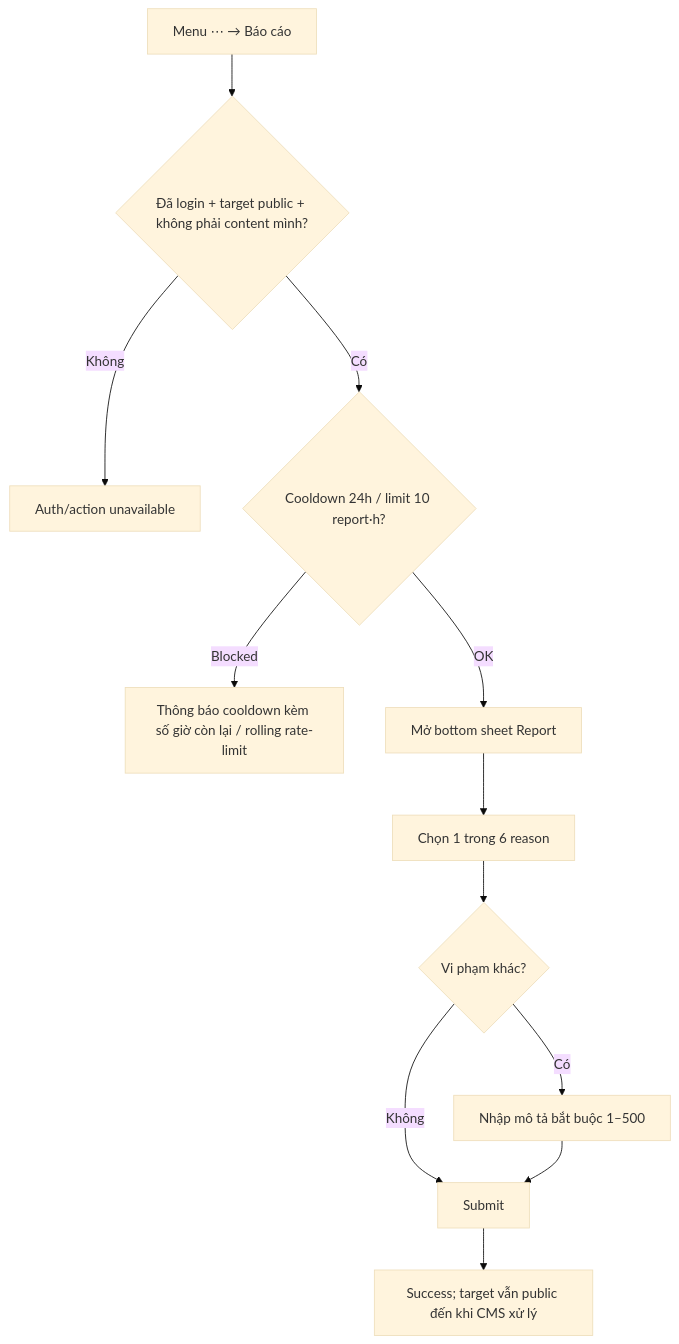
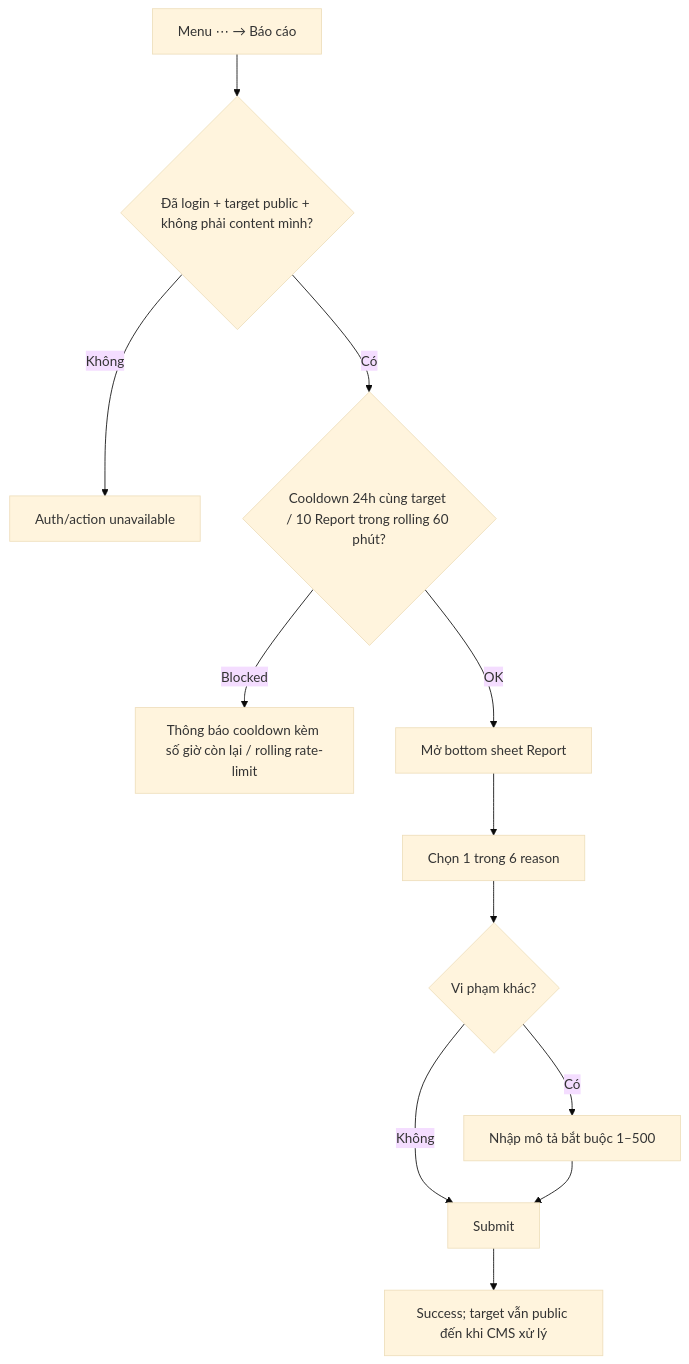
Before and after one commit to TanUIUX/MyTV-Comment: the diagram in EP03_AN_TOAN_VA_KIEM_DUYET/US10_USER_FLOW.md, drawn with Mermaid (base theme). The commit also changed 23 other files, not shown here.

````diff
--- a/EP03_AN_TOAN_VA_KIEM_DUYET/US10_USER_FLOW.md
+++ b/EP03_AN_TOAN_VA_KIEM_DUYET/US10_USER_FLOW.md
@@ -7,14 +7,14 @@
 ```mermaid
 flowchart TD
  A[Menu ⋯ → Báo cáo] --> B{Đã login + target public + không phải content mình?}
  B -->|Không| C[Auth/action unavailable]
- B -->|Có| D{Cooldown 24h / limit 10 report·h?}
+ B -->|Có| D{Cooldown 24h cùng target / 10 Report trong rolling 60 phút?}
  D -->|Blocked| E["Thông báo cooldown kèm số giờ còn lại / rolling rate-limit"]
  D -->|OK| F[Mở bottom sheet Report]
  F --> G[Chọn 1 trong 6 reason]
  G --> H{Vi phạm khác?}
  H -->|Có| I[Nhập mô tả bắt buộc 1–500]
  H -->|Không| J[Submit]
  I --> J
  J --> K[Success; target vẫn public đến khi CMS xử lý]
 ```
````
